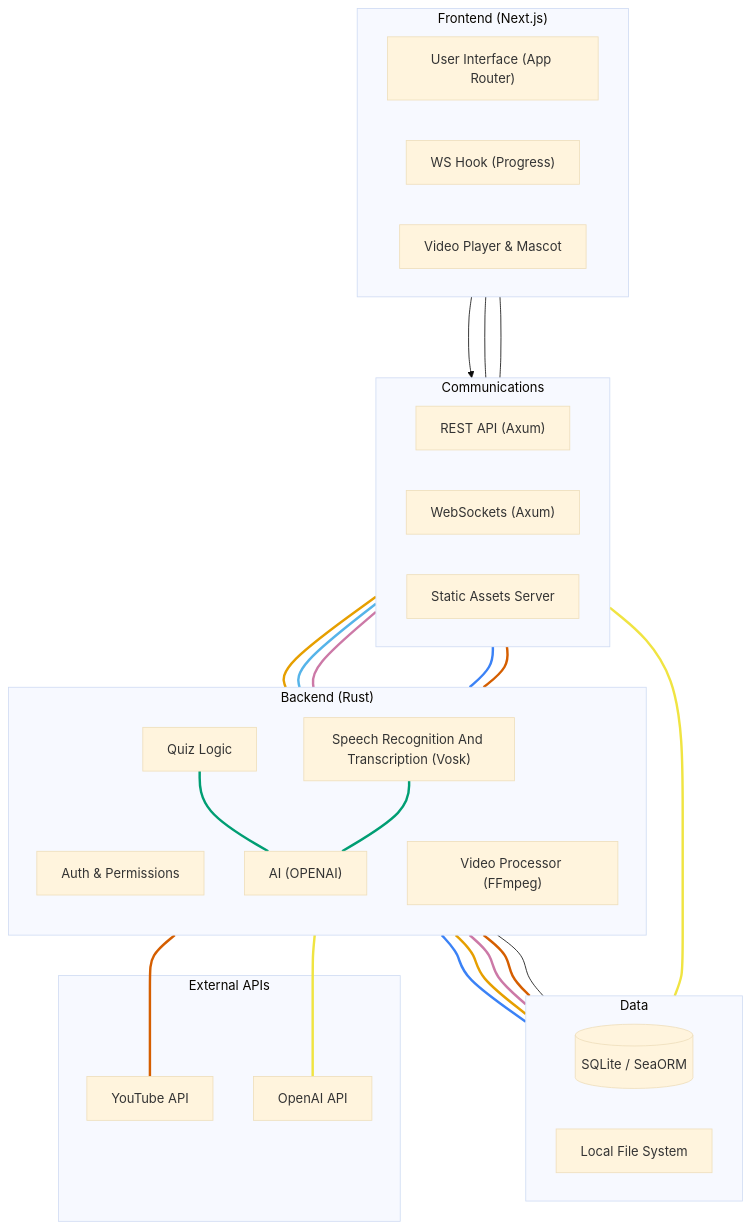
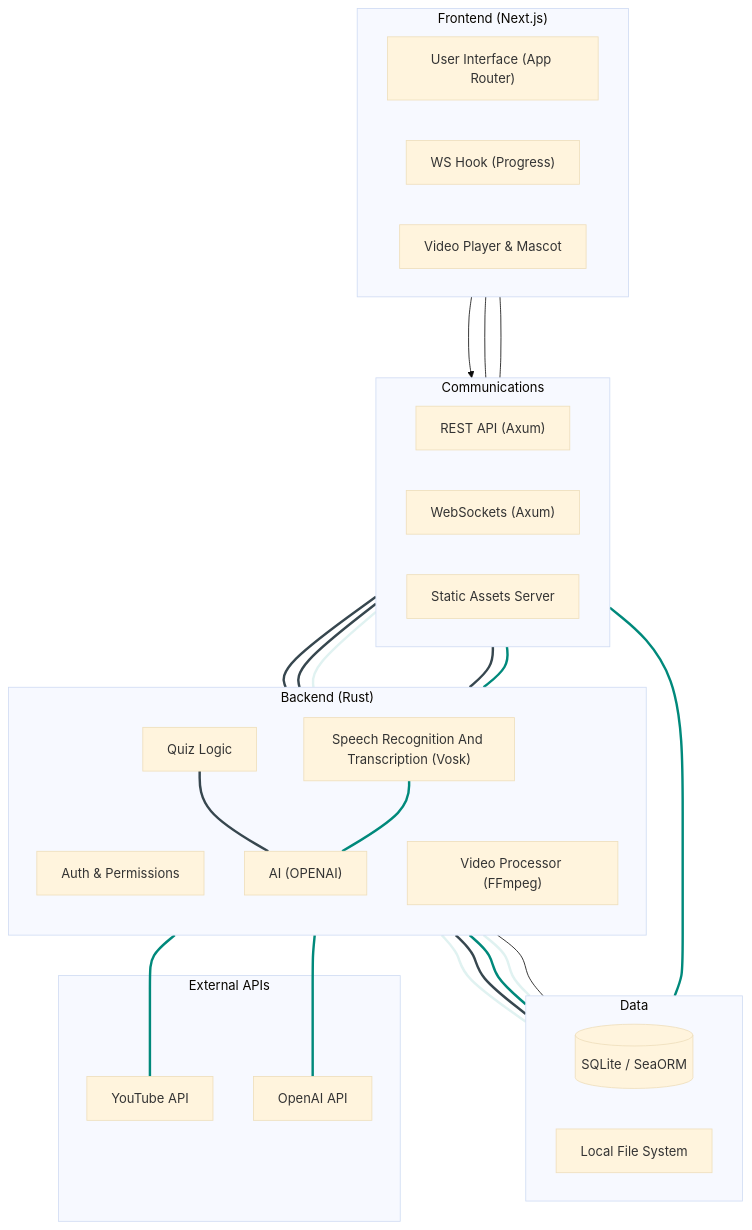
The diagram in documentation/docs/requirements/system-block-diagram.md (Capstone-Projects-2026-spring/piggyback-learning-2), drawn with Mermaid (base theme) before and after one commit.

Commit message:
Update link styles in system block diagram

````diff
--- a/documentation/docs/requirements/system-block-diagram.md
+++ b/documentation/docs/requirements/system-block-diagram.md
@@ -2,73 +2,73 @@
 ```mermaid
 graph TD
     subgraph Frontend ["Frontend (Next.js)"]
         direction LR
         UI["User Interface (App Router)"]
         WSH["WS Hook (Progress)"]
         AV["Video Player & Mascot"]
     end
     subgraph Comm ["Communications"]
         direction LR
         API["REST API (Axum)"]
         WSS["WebSockets (Axum)"]
         Assets["Static Assets Server"]
     end
 
     subgraph Backend ["Backend (Rust)"]
         direction TB
         Auth["Auth & Permissions"]
         Video_P["Video Processor (FFmpeg)"]
         AI["AI (OPENAI)"]
         Vosk["Speech Recognition And Transcription (Vosk)"]
         Quiz["Quiz Logic"]
     end
 
     subgraph Storage ["Data"]
         direction LR
         DB[(SQLite / SeaORM)]
         FS["Local File System"]
     end
 
     subgraph External ["External APIs"]
         YT["YouTube API"]
         OPENAI_API["OpenAI API"]
     end
 
     UI --> API
     WSH --- WSS
     AV <--- Assets
 
     API --- Auth
     API --- AI
     API --- Video_P
     API --- Vosk
     WSS --- Video_P
 
     Auth --- DB
     Video_P --- FS
     AI --- DB
     AI --- FS
     Vosk --- FS
     Assets --- FS
 
     Video_P --- YT
     AI --- OPENAI_API
 
     Quiz --- AI
     Vosk --- AI
-    linkStyle 3 stroke:#e69f00,stroke-width:3px;
-    linkStyle 4 stroke:#56b4e9,stroke-width:3px;
-    linkStyle 5 stroke:#cc79a7,stroke-width:3px;
-    linkStyle 6 stroke:#3b82f6,stroke-width:3px;
-    linkStyle 7 stroke:#d55e00,stroke-width:3px;
-    linkStyle 8 stroke:#3b82f6,stroke-width:3px;
-    linkStyle 9 stroke:#e69f00,stroke-width:3px;
-    linkStyle 10 stroke:#cc79a7,stroke-width:3px;
-    linkStyle 11 stroke:#d55e00,stroke-width:3px;
-    linkStyle 12 stroke:#000000stroke-width:3px;
-    linkStyle 13 stroke:#f0e442,stroke-width:3px;
-    linkStyle 14 stroke:#d55e00,stroke-width:3px; 
-    linkStyle 15 stroke:#f0e442,stroke-width:3px;
-    linkStyle 16 stroke:#009e73,stroke-width:3px;
-    linkStyle 17 stroke:#009e73,stroke-width:3px;
+    linkStyle 3 stroke:#37474f,stroke-width:3px;
+    linkStyle 4 stroke:#37474f,stroke-width:3px;
+    linkStyle 5 stroke:#e0f2f1,stroke-width:3px;
+    linkStyle 6 stroke:#37474f,stroke-width:3px;
+    linkStyle 7 stroke:#00897b,stroke-width:3px;
+    linkStyle 8 stroke:#e0f2f1,stroke-width:3px;
+    linkStyle 9 stroke:#37474f,stroke-width:3px;
+    linkStyle 10 stroke:#00897b,stroke-width:3px;
+    linkStyle 11 stroke:#e0f2f1,stroke-width:3px;
+    linkStyle 12 stroke:#37474fstroke-width:3px;
+    linkStyle 13 stroke:#00897b,stroke-width:3px;
+    linkStyle 14 stroke:#00897b,stroke-width:3px; 
+    linkStyle 15 stroke:#00897b,stroke-width:3px;
+    linkStyle 16 stroke:#37474f,stroke-width:3px;
+    linkStyle 17 stroke:#00897b,stroke-width:3px;
 ```
````
